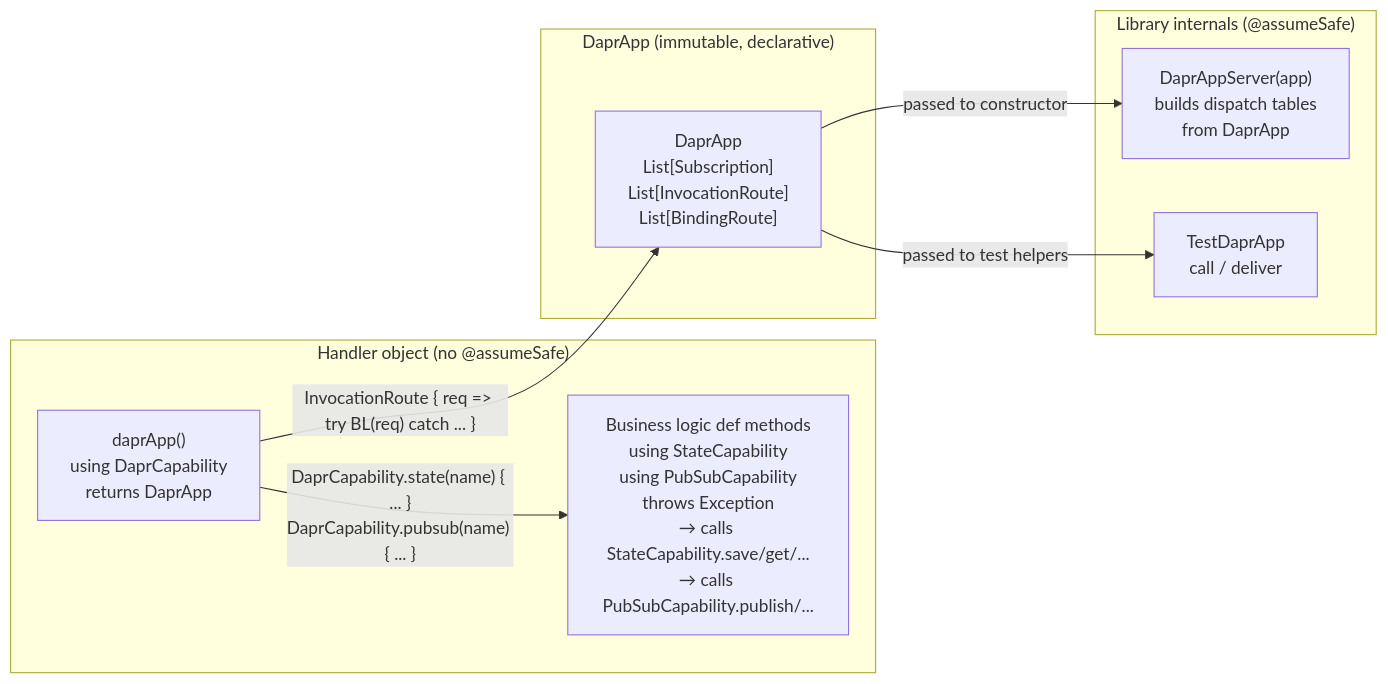
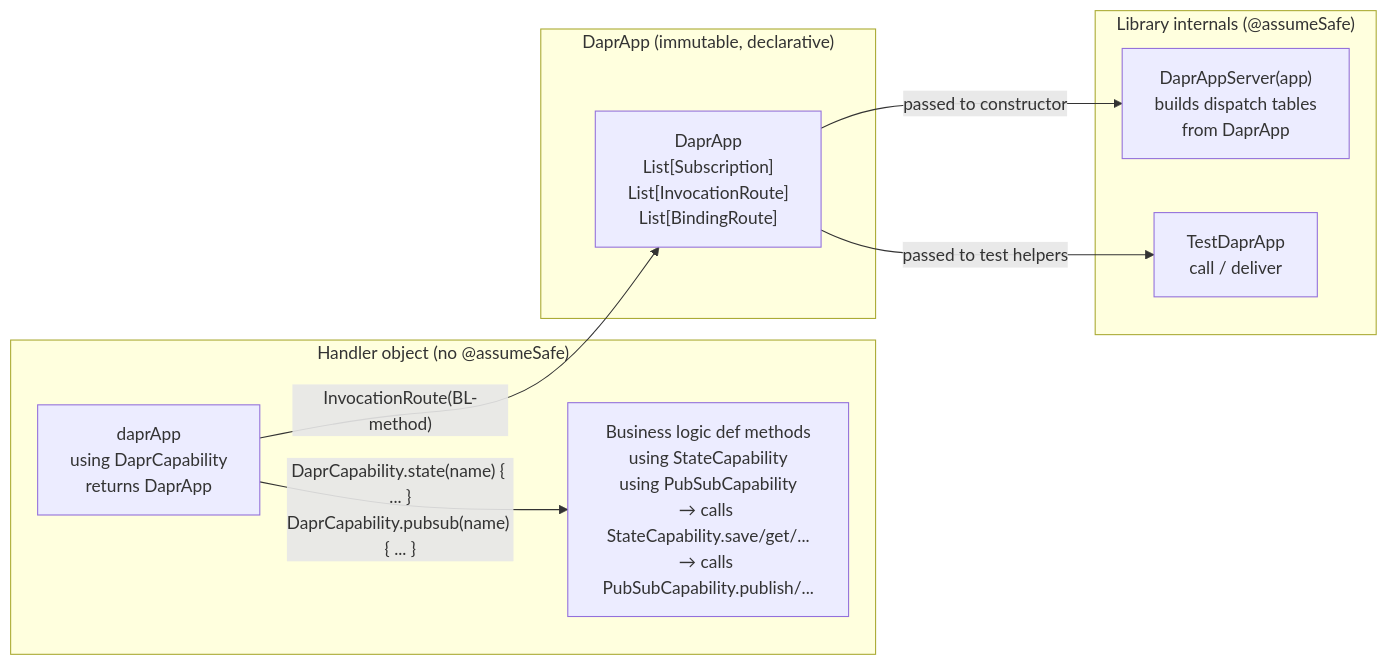
Before and after one commit to sideeffffect/dapr4s: the fourth of 6 diagrams in DESIGN.md, drawn with Mermaid. The commit also changed other lines of this file and 11 other files, not shown here.

````diff
--- a/DESIGN.md
+++ b/DESIGN.md
@@ -264,21 +260,21 @@
 ```mermaid
 graph LR
     subgraph "Handler object (no @assumeSafe)"
-        BL["Business logic def methods\nusing StateCapability\nusing PubSubCapability\nthrows Exception\n→ calls StateCapability.save/get/...\n→ calls PubSubCapability.publish/..."]
-        CFG["daprApp()\nusing DaprCapability\nreturns DaprApp"]
+        BL["Business logic def methods\nusing StateCapability\nusing PubSubCapability\n→ calls StateCapability.save/get/...\n→ calls PubSubCapability.publish/..."]
+        CFG["daprApp\nusing DaprCapability\nreturns DaprApp"]
         CFG -->|"DaprCapability.state(name) { ... }\nDaprCapability.pubsub(name) { ... }"| BL
     end
 
     subgraph "DaprApp (immutable, declarative)"
         DA["DaprApp\nList[Subscription]\nList[InvocationRoute]\nList[BindingRoute]"]
     end
 
     subgraph "Library internals (@assumeSafe)"
         SRV["DaprAppServer(app)\nbuilds dispatch tables\nfrom DaprApp"]
         TST["TestDaprApp\ncall / deliver"]
     end
 
-    CFG -->|"InvocationRoute { req => try BL(req) catch ... }"| DA
+    CFG -->|"InvocationRoute(BL-method)"| DA
     DA -->|"passed to constructor"| SRV
     DA -->|"passed to test helpers"| TST
 ```
````
